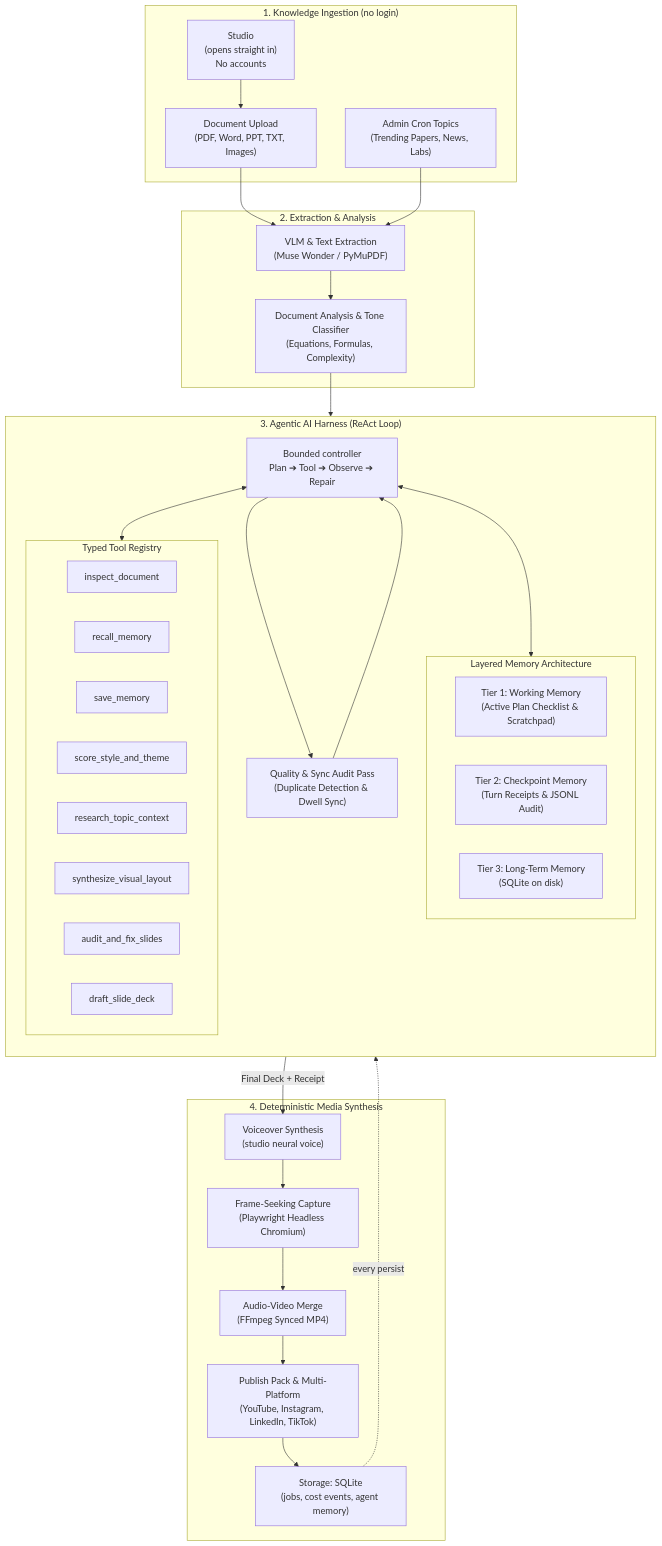
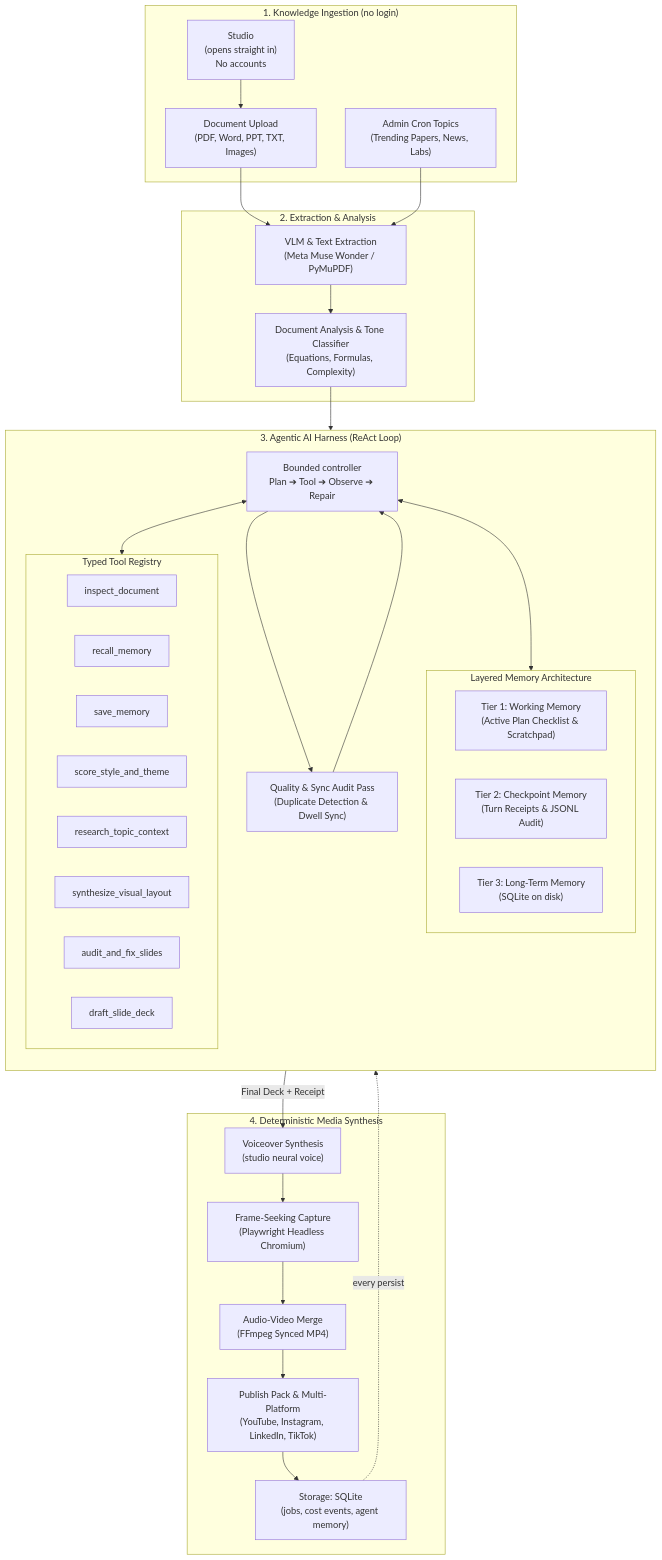
Before and after one commit to saitej123/Muse-Multimodal-Studio: the diagram in README.md, drawn with Mermaid. The commit also changed other lines of this file and 38 other files, not shown here.

````diff
--- a/README.md
+++ b/README.md
@@ -157,62 +152,62 @@
 ```mermaid
 flowchart TD
     subgraph Inputs["1. Knowledge Ingestion (no login)"]
         Demo["Studio<br/>(opens straight in)<br/>No accounts"]
         Doc["Document Upload<br/>(PDF, Word, PPT, TXT, Images)"]
         Cron["Admin Cron Topics<br/>(Trending Papers, News, Labs)"]
     end
 
     subgraph ExtractStage["2. Extraction & Analysis"]
-        VLM["VLM & Text Extraction<br/>(Muse Wonder / PyMuPDF)"]
+        VLM["VLM & Text Extraction<br/>(Meta Muse Wonder / PyMuPDF)"]
         Analysis["Document Analysis & Tone Classifier<br/>(Equations, Formulas, Complexity)"]
     end
 
     subgraph AgentHarness["3. Agentic AI Harness (ReAct Loop)"]
         direction TB
         subgraph MemoryTiers["Layered Memory Architecture"]
             WM["Tier 1: Working Memory<br/>(Active Plan Checklist & Scratchpad)"]
             CM["Tier 2: Checkpoint Memory<br/>(Turn Receipts & JSONL Audit)"]
             LTM["Tier 3: Long-Term Memory<br/>(SQLite on disk)"]
         end
 
         subgraph ToolRegistry["Typed Tool Registry"]
             T1["inspect_document"]
             T2["recall_memory"]
             T3["save_memory"]
             T4["score_style_and_theme"]
             T5["research_topic_context"]
             T6["synthesize_visual_layout"]
             T7["audit_and_fix_slides"]
             T8["draft_slide_deck"]
         end
 
         ReAct["Bounded controller<br/>Plan ➔ Tool ➔ Observe ➔ Repair"]
         Audit["Quality & Sync Audit Pass<br/>(Duplicate Detection & Dwell Sync)"]
     end
 
     subgraph VideoPipeline["4. Deterministic Media Synthesis"]
         Narrate["Voiceover Synthesis<br/>(studio neural voice)"]
         Capture["Frame-Seeking Capture<br/>(Playwright Headless Chromium)"]
         Merge["Audio-Video Merge<br/>(FFmpeg Synced MP4)"]
         Publish["Publish Pack & Multi-Platform<br/>(YouTube, Instagram, LinkedIn, TikTok)"]
         Store["Storage: SQLite<br/>(jobs, cost events, agent memory)"]
     end
 
     Demo --> Doc
     Doc --> VLM
     Cron --> VLM
     VLM --> Analysis
     Analysis --> ReAct
 
     ReAct <--> MemoryTiers
     ReAct <--> ToolRegistry
     ReAct --> Audit
     Audit --> ReAct
     ReAct -->|Final Deck + Receipt| Narrate
 
     Narrate --> Capture
     Capture --> Merge
     Merge --> Publish
     Publish --> Store
     Store -. every persist .-> ReAct
 ```
````
